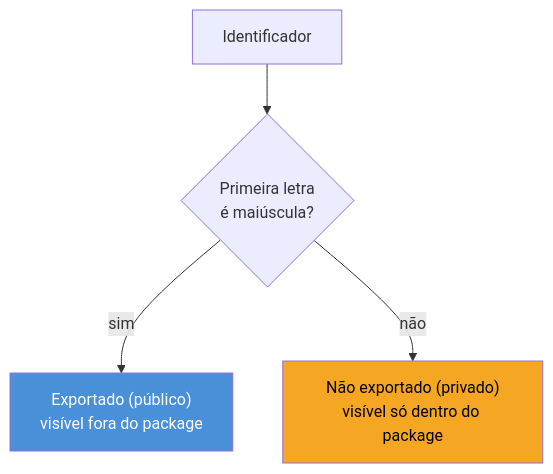
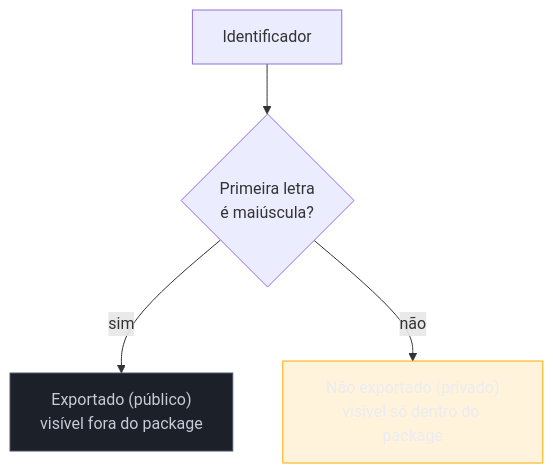
The second of 2 diagrams in 03-Dominios/Tecnologia/Go/20 - Go idiomático/02 - Naming e organização.md (josenaldo/codex-technomanticus), drawn with Mermaid before and after one commit. The commit also changed other lines of this file and 1181 other files, not shown here.

First line of the commit message:
fix(diagramas): paleta do sistema no lugar de cor cravada no markdown

````diff
--- a/03-Dominios/Tecnologia/Go/20 - Go idiomático/02 - Naming e organização.md
+++ b/03-Dominios/Tecnologia/Go/20 - Go idiomático/02 - Naming e organização.md
@@ -100,9 +102,11 @@
 ```mermaid
 flowchart TB
+    classDef neutro fill:#1B2029,stroke:#4E5666,color:#C6CCD8
+    classDef destaque fill:#FFAA0024,stroke:#FFAA00,color:#E9ECF2
     A["Identificador"] --> B{"Primeira letra\né maiúscula?"}
     B -->|sim| C["Exportado (público)\nvisível fora do package"]
     B -->|não| D["Não exportado (privado)\nvisível só dentro do package"]
 
-    style C fill:#4A90D9,color:#fff
-    style D fill:#F5A623,color:#000
+    class C neutro
+    class D destaque
 ```
````
